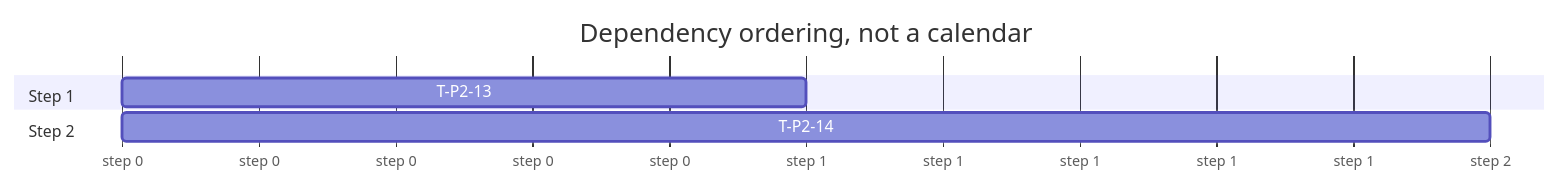
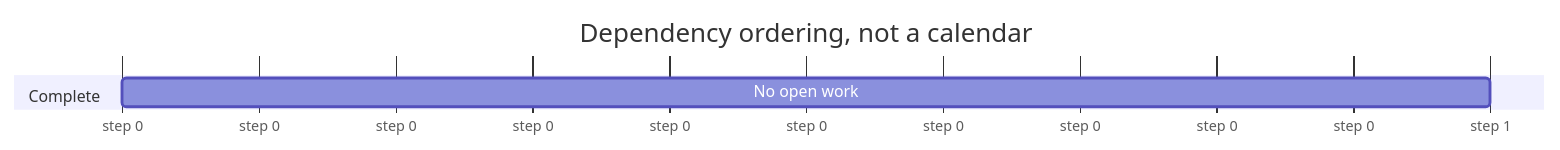
Before and after one commit to qomero/prokron: the diagram in .prokron/timeline.mmd, drawn with Mermaid. The commit also changed 22 other files, not shown here.

First line of the commit message:
fix: stop the calendar Gantt dating work that has no schedule

```diff
--- a/.prokron/timeline.mmd
+++ b/.prokron/timeline.mmd
@@ -1,11 +1,9 @@
 ---
 displayMode: compact
 ---
 gantt
     title Dependency ordering, not a calendar
     dateFormat X
     axisFormat step %s
-    section Step 1
-    T-P2-13 : 0, 1
-    section Step 2
-    T-P2-14 : 1, 2
+    section Complete
+    No open work : 0, 1
```
